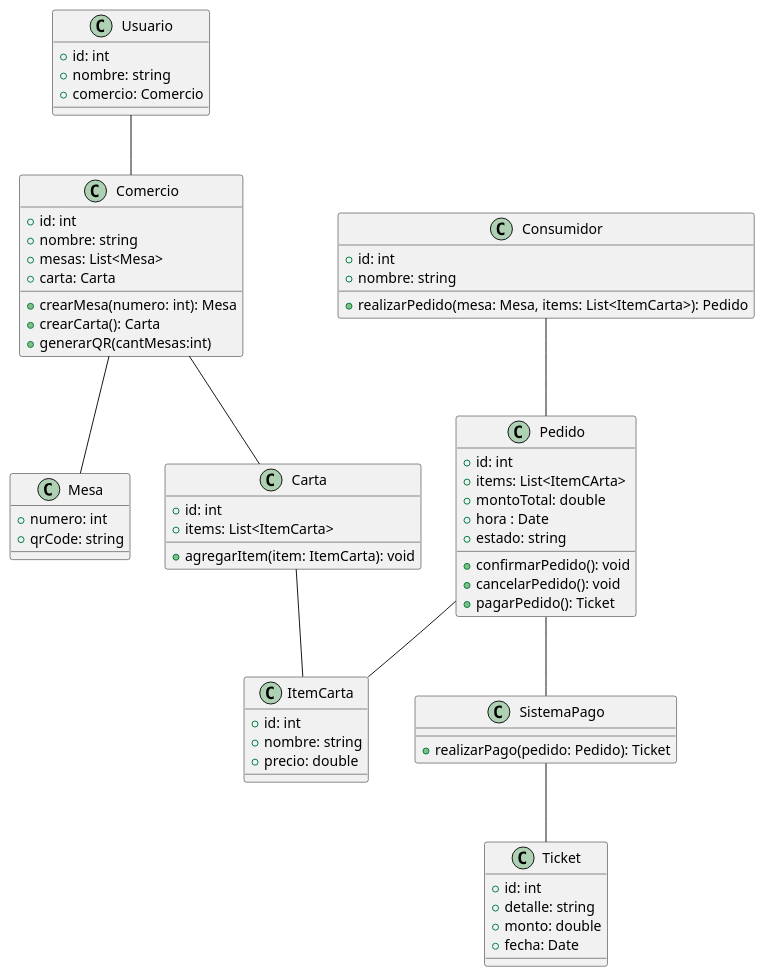
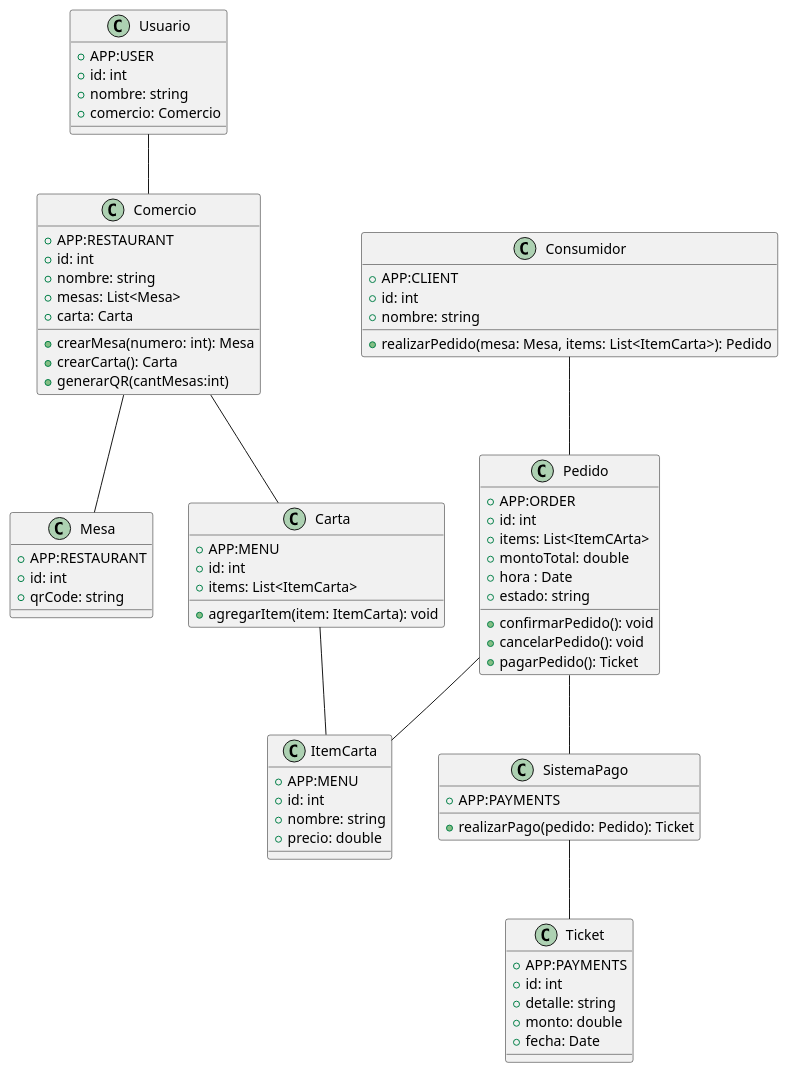
Before and after one commit to S4ntifdz/GestorRestaurante: the diagram in Diagrama1.plantuml, drawn with PlantUML. The commit also changed 10 other files, not shown here.

Commit message:
Cambio en diagrama y creacion de apps

```diff
--- a/Diagrama1.plantuml
+++ b/Diagrama1.plantuml
@@ -1,82 +1,91 @@
 @startuml diagrama
 
 class Usuario {
+  +APP:USER
   +id: int
   +nombre: string
   +comercio: Comercio
   
 }
 
-class Comercio {
+class Comercio{
+  +APP:RESTAURANT
   +id: int
   +nombre: string
   +mesas: List<Mesa>
   +carta: Carta
 
   +crearMesa(numero: int): Mesa
   +crearCarta(): Carta
   +generarQR(cantMesas:int) 
 }
 
-class Mesa {
-  +numero: int
+class Mesa{
+  +APP:RESTAURANT
+  +id: int
   +qrCode: string
 
 
 }
 
-class Carta {
+class Carta{
+  +APP:MENU
   +id: int
   +items: List<ItemCarta>
 
   +agregarItem(item: ItemCarta): void
 }
 
-class ItemCarta {
+class ItemCarta{
+  +APP:MENU
   +id: int
   +nombre: string
   +precio: double
 }
 
-class Consumidor {
+class Consumidor{
+  +APP:CLIENT
   +id: int
   +nombre: string
 
   +realizarPedido(mesa: Mesa, items: List<ItemCarta>): Pedido
 }
 
-class Pedido {
+class Pedido{
+  +APP:ORDER
   +id: int
   +items: List<ItemCArta>
   +montoTotal: double
   +hora : Date
   +estado: string
 
   +confirmarPedido(): void
   +cancelarPedido(): void
   +pagarPedido(): Ticket
 }
 
-class SistemaPago {
+class SistemaPago{
+  +APP:PAYMENTS
 
   +realizarPago(pedido: Pedido): Ticket
 
 }
 
-class Ticket {
+class Ticket{
+  +APP:PAYMENTS
   +id: int
   +detalle: string
   +monto: double
   +fecha: Date
 }
 
 Usuario -- Comercio
 Comercio -- Mesa
 Comercio -- Carta
 Carta -- ItemCarta
 Consumidor -- Pedido
 Pedido -- ItemCarta
 Pedido -- SistemaPago
 SistemaPago -- Ticket
 
 @enduml
```
